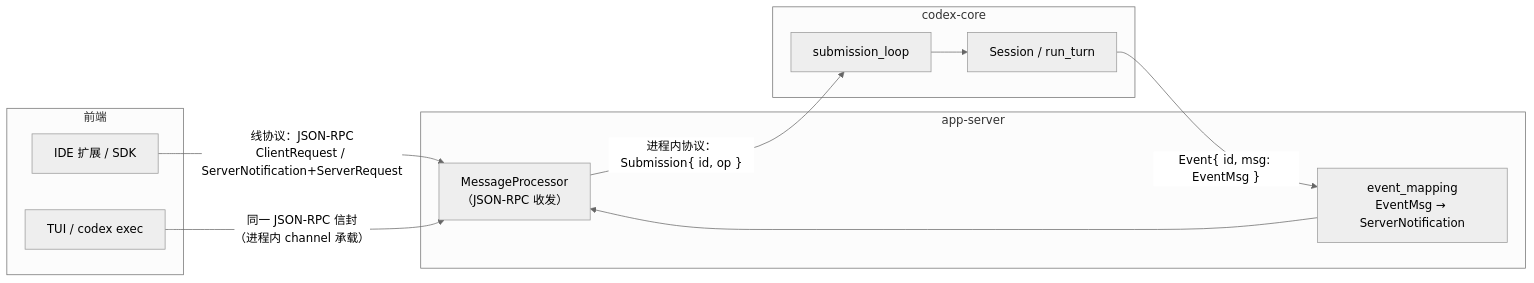
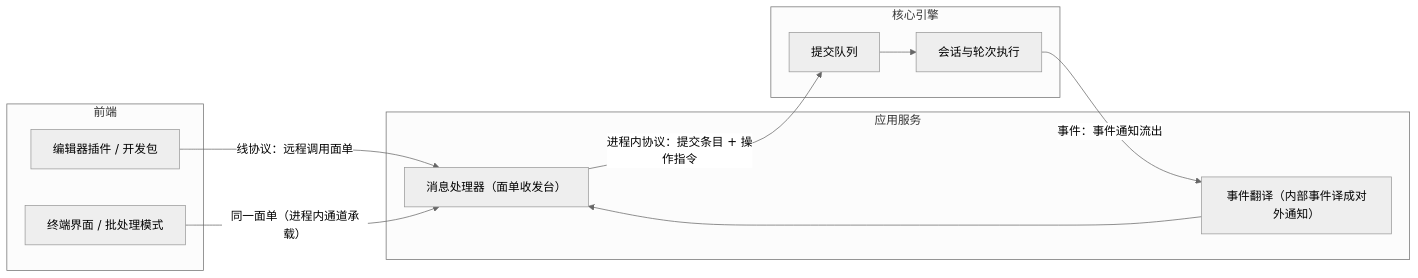
The first of 2 diagrams in src/part2/protocol.md (13927/codex-book), drawn with Mermaid (neutral theme) before and after one commit. The commit also changed other lines of this file and 14 other files, not shown here.

````diff
--- a/src/part2/protocol.md
+++ b/src/part2/protocol.md
@@ -39,24 +48,24 @@
 ```mermaid
 flowchart LR
     subgraph FE["前端"]
-        IDE["IDE 扩展 / SDK"]
-        TUI["TUI / codex exec"]
+        IDE["编辑器插件 / 开发包"]
+        TUI["终端界面 / 批处理模式"]
     end
 
-    subgraph APPSRV["app-server"]
-        MP["MessageProcessor<br/>（JSON-RPC 收发）"]
-        MAP["event_mapping<br/>EventMsg → ServerNotification"]
+    subgraph APPSRV["应用服务"]
+        MP["消息处理器（面单收发台）"]
+        MAP["事件翻译（内部事件译成对外通知）"]
     end
 
-    subgraph CORE["codex-core"]
-        SS["submission_loop"]
-        SESS["Session / run_turn"]
+    subgraph CORE["核心引擎"]
+        SS["提交队列"]
+        SESS["会话与轮次执行"]
     end
 
-    IDE -- "线协议：JSON-RPC<br/>ClientRequest / ServerNotification+ServerRequest" --> MP
-    TUI -- "同一 JSON-RPC 信封<br/>（进程内 channel 承载）" --> MP
-    MP -- "进程内协议：Submission{ id, op }" --> SS
+    IDE -- "线协议：远程调用面单" --> MP
+    TUI -- "同一面单（进程内通道承载）" --> MP
+    MP -- "进程内协议：提交条目 + 操作指令" --> SS
     SS --> SESS
-    SESS -- "Event{ id, msg: EventMsg }" --> MAP
+    SESS -- "事件：事件通知流出" --> MAP
     MAP --> MP
 ```
````
